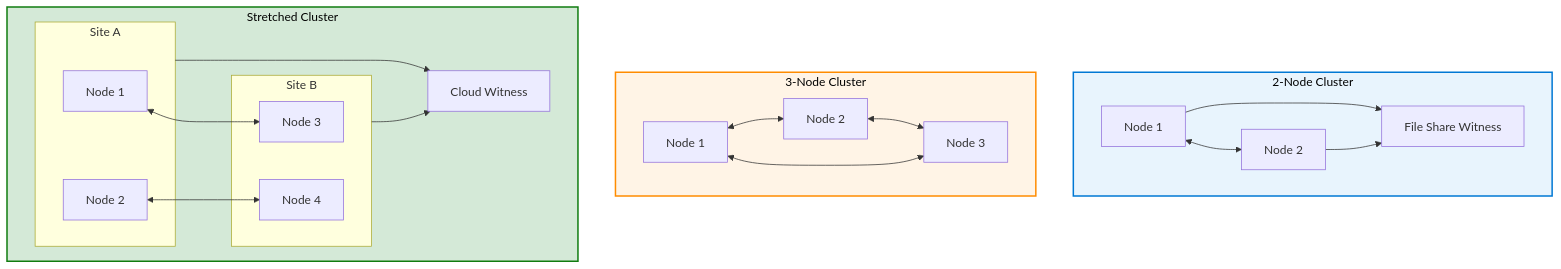
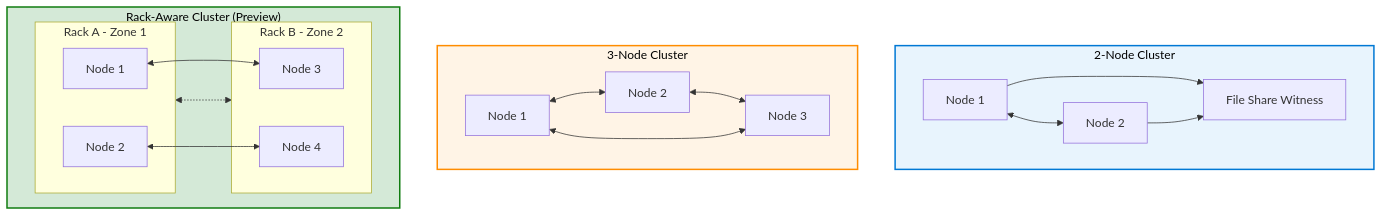
The diagram in docs/level-200/azure-local-ha-patterns.md (jonathan-vella/sov-cloud-brain-trek), drawn with Mermaid before and after one commit. The commit also changed other lines of this file and 6 other files, not shown here.

First line of the commit message:
fix: Remove deprecated features and add rack-aware clustering

````diff
--- a/docs/level-200/azure-local-ha-patterns.md
+++ b/docs/level-200/azure-local-ha-patterns.md
@@ -16,40 +16,38 @@
 ```mermaid
 graph TB
     subgraph TwoNode["2-Node Cluster"]
         N1A[Node 1]
         N1B[Node 2]
         W1[File Share Witness]
         N1A <--> N1B
         N1A --> W1
         N1B --> W1
     end
 
     subgraph ThreeNode["3-Node Cluster"]
         N2A[Node 1]
         N2B[Node 2]
         N2C[Node 3]
         N2A <--> N2B
         N2B <--> N2C
         N2A <--> N2C
     end
 
-    subgraph Stretched["Stretched Cluster"]
-        subgraph Site1["Site A"]
-            S1N1[Node 1]
-            S1N2[Node 2]
+    subgraph RackAware["Rack-Aware Cluster (Preview)"]
+        subgraph Rack1["Rack A - Zone 1"]
+            R1N1[Node 1]
+            R1N2[Node 2]
         end
-        subgraph Site2["Site B"]
-            S2N1[Node 3]
-            S2N2[Node 4]
+        subgraph Rack2["Rack B - Zone 2"]
+            R2N1[Node 3]
+            R2N2[Node 4]
         end
-        CW[Cloud Witness]
-        S1N1 <--> S2N1
-        S1N2 <--> S2N2
-        Site1 --> CW
-        Site2 --> CW
+        R1N1 <--> R2N1
+        R1N2 <--> R2N2
+        Rack1 <-.-> Rack2
     end
 
     style TwoNode fill:#E8F4FD,stroke:#0078D4,stroke-width:2px,color:#000
     style ThreeNode fill:#FFF4E6,stroke:#FF8C00,stroke-width:2px,color:#000
-    style Stretched fill:#D4E9D7,stroke:#107C10,stroke-width:2px,color:#000
+    style RackAware fill:#D4E9D7,stroke:#107C10,stroke-width:2px,color:#000
 ```
````
